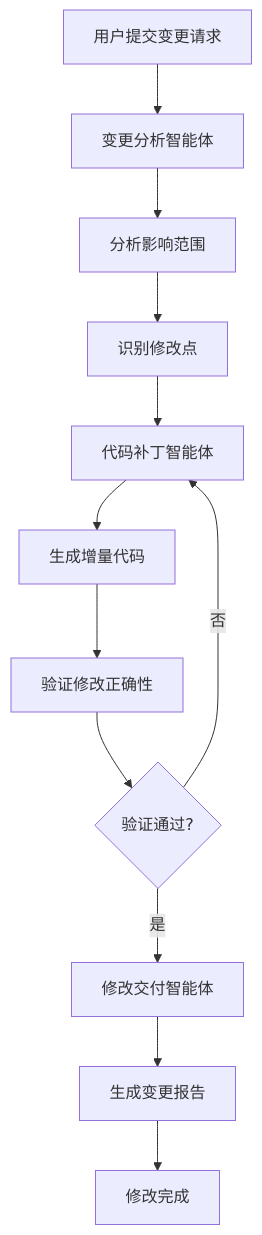
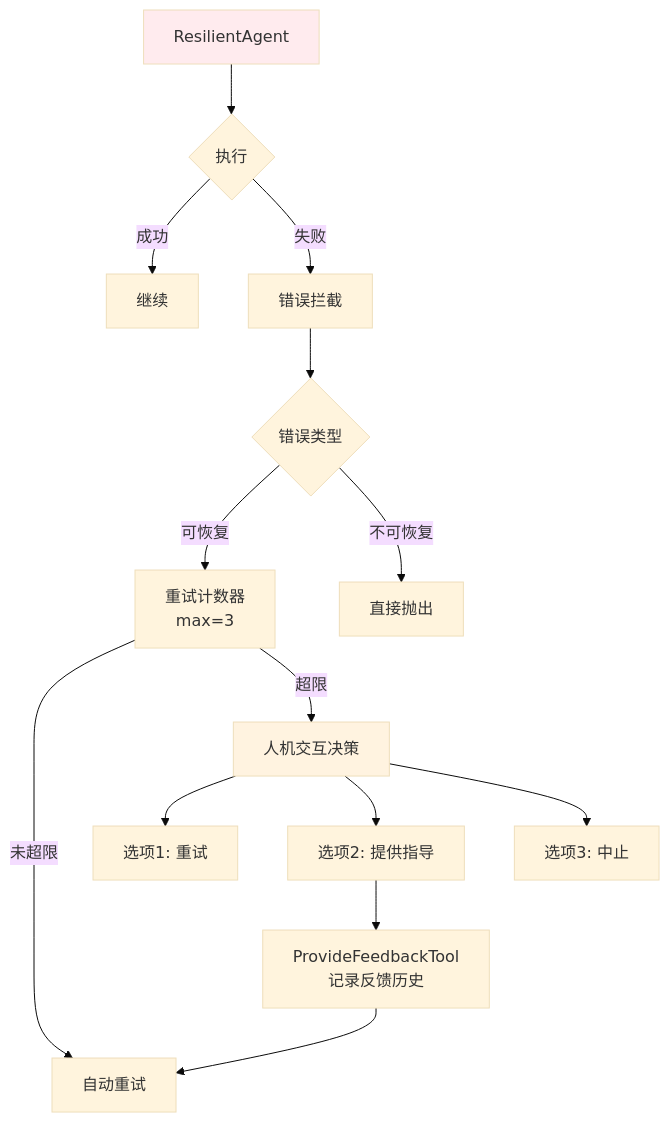
One commit to sopaco/cowork-forge changed the seventh of 12 diagrams in litho.docs/zh/2、架构概览.md. Above: the diagram before and after it, drawn with Mermaid. The commit also changed other lines of this file and 27 other files, not shown here.

````diff
--- a/litho.docs/zh/2、架构概览.md
+++ b/litho.docs/zh/2、架构概览.md
@@ -531,14 +360,23 @@
 ```mermaid
-graph TD
-    A[用户提交变更请求] --> B[变更分析智能体]
-    B --> C[分析影响范围]
-    C --> D[识别修改点]
-    D --> E[代码补丁智能体]
-    E --> F[生成增量代码]
-    F --> G[验证修改正确性]
-    G --> H{验证通过?}
-    H -->|否| E
-    H -->|是| I[修改交付智能体]
-    I --> J[生成变更报告]
-    J --> K[修改完成]
+%%{init: {'theme': 'base'}}%%
+flowchart TD
+    A[ResilientAgent] --> B{执行}
+    B -->|成功| C[继续]
+    B -->|失败| D[错误拦截]
+    
+    D --> E{错误类型}
+    E -->|可恢复| F[重试计数器<br/>max=3]
+    F -->|未超限| G[自动重试]
+    F -->|超限| H[人机交互决策]
+    
+    H --> I[选项1: 重试]
+    H --> J[选项2: 提供指导]
+    H --> K[选项3: 中止]
+    
+    J --> L[ProvideFeedbackTool<br/>记录反馈历史] --> G
+    
+    E -->|不可恢复| M[直接抛出]
+    
+    style A fill:#ffebee
+    style H fill:#fff3e0
 ```
````
